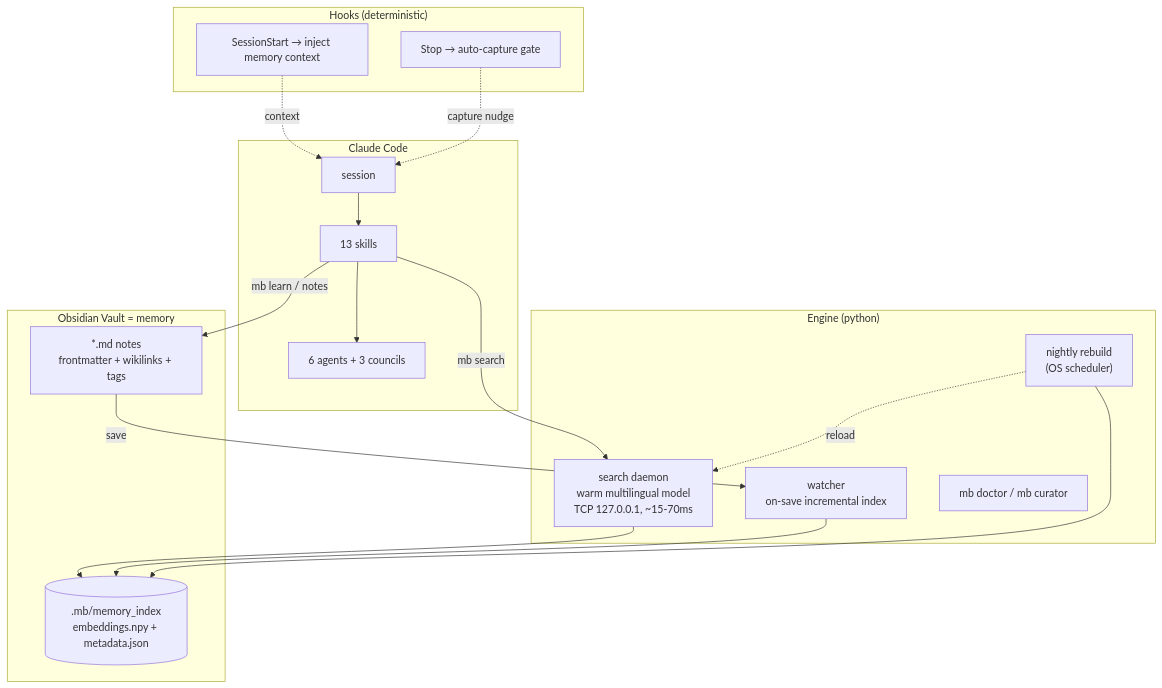
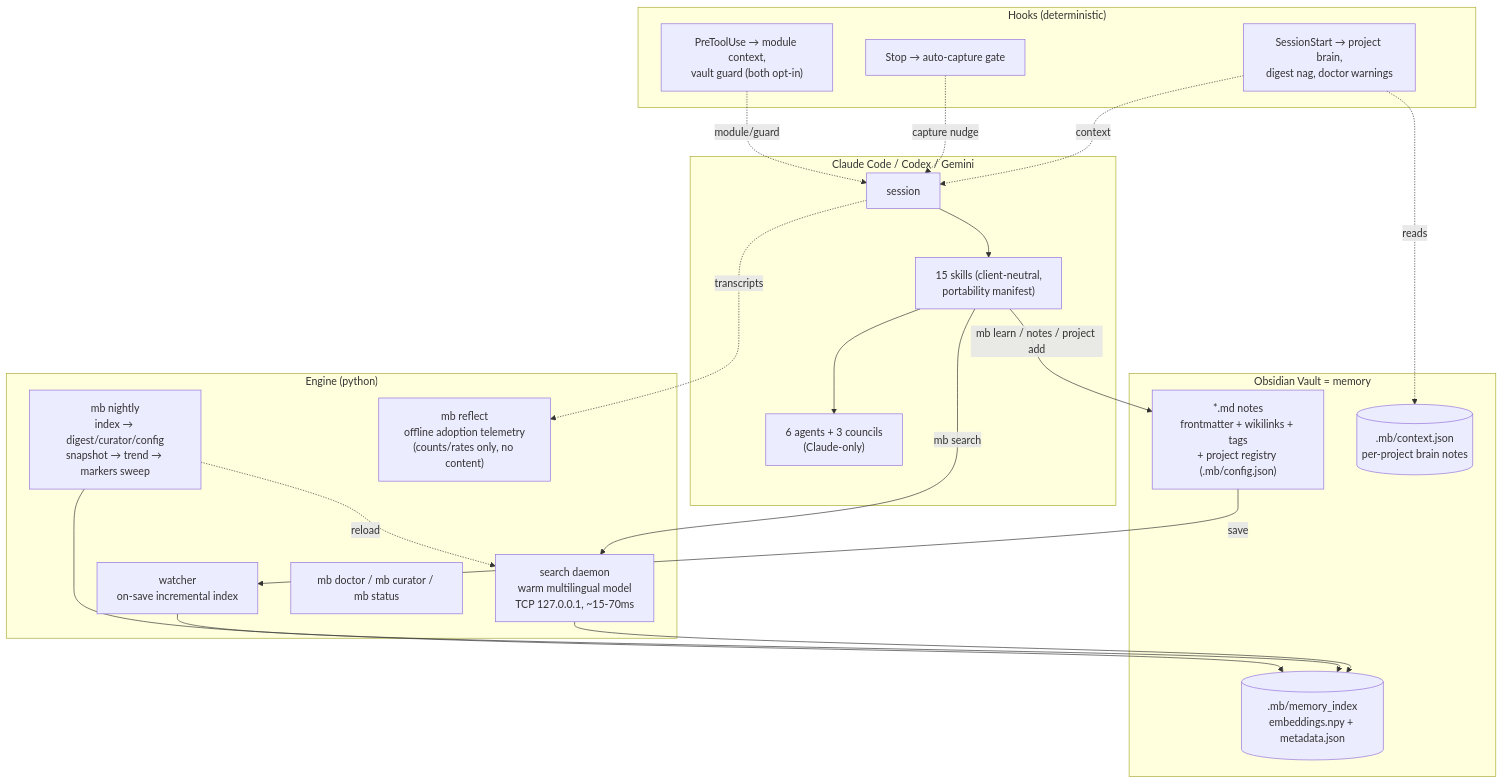
The diagram in README.md (Kostik2702/singularity), drawn with Mermaid before and after one commit. The commit also changed other lines of this file and 5 other files, not shown here.

````diff
--- a/README.md
+++ b/README.md
@@ -30,31 +30,37 @@
 ```mermaid
 graph TB
-    subgraph CC["Claude Code"]
+    subgraph CC["Claude Code / Codex / Gemini"]
         MAIN["session"]
-        SK["13 skills"]
-        AG["6 agents + 3 councils"]
+        SK["15 skills (client-neutral,<br/>portability manifest)"]
+        AG["6 agents + 3 councils<br/>(Claude-only)"]
     end
     subgraph HOOKS["Hooks (deterministic)"]
-        H1["SessionStart → inject memory context"]
+        H1["SessionStart → project brain,<br/>digest nag, doctor warnings"]
         H2["Stop → auto-capture gate"]
+        H3["PreToolUse → module context,<br/>vault guard (both opt-in)"]
     end
     subgraph ENGINE["Engine (python)"]
         D["search daemon<br/>warm multilingual model<br/>TCP 127.0.0.1, ~15-70ms"]
         W["watcher<br/>on-save incremental index"]
-        N["nightly rebuild<br/>(OS scheduler)"]
-        DR["mb doctor / mb curator"]
+        NI["mb nightly<br/>index → digest/curator/config<br/>snapshot → trend → markers sweep"]
+        DR["mb doctor / mb curator / mb status"]
+        RF["mb reflect<br/>offline adoption telemetry<br/>(counts/rates only, no content)"]
     end
     subgraph VAULT["Obsidian Vault = memory"]
-        NOTES["*.md notes<br/>frontmatter + wikilinks + tags"]
+        NOTES["*.md notes<br/>frontmatter + wikilinks + tags<br/>+ project registry (.mb/config.json)"]
         IDX[(".mb/memory_index<br/>embeddings.npy + metadata.json")]
+        CTX[(".mb/context.json<br/>per-project brain notes")]
     end
 
     H1 -.context.-> MAIN
     H2 -.capture nudge.-> MAIN
+    H3 -.module/guard.-> MAIN
     MAIN --> SK --> AG
     SK -- "mb search" --> D --> IDX
-    SK -- "mb learn / notes" --> NOTES
+    SK -- "mb learn / notes / project add" --> NOTES
     NOTES -- save --> W --> IDX
-    N --> IDX
-    N -.reload.-> D
+    NI --> IDX
+    NI -.reload.-> D
+    H1 -.reads.-> CTX
+    MAIN -.transcripts.-> RF
 ```
````
